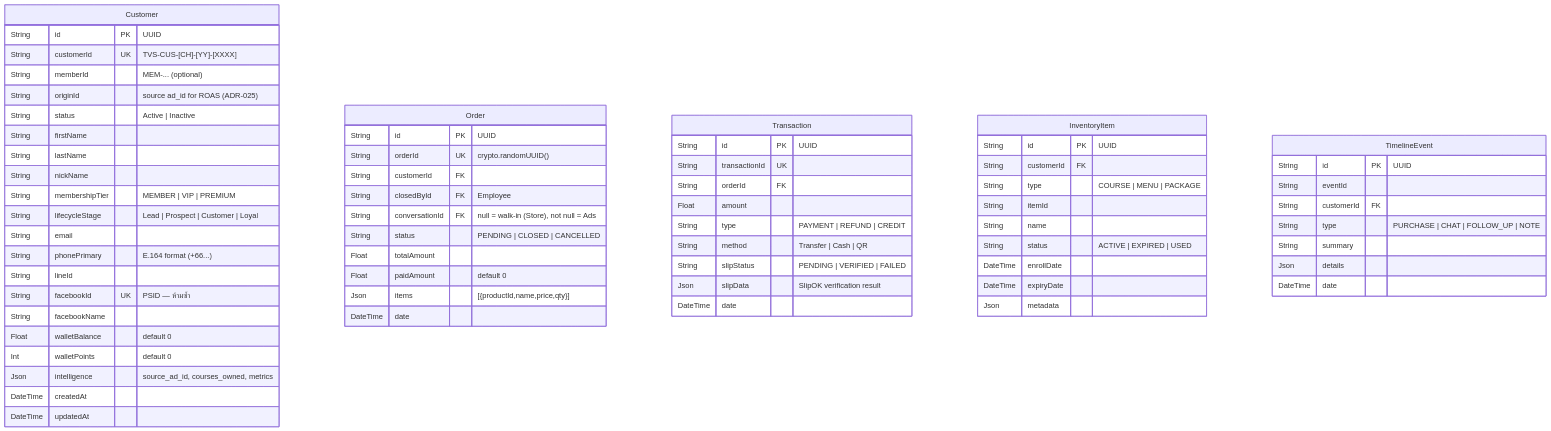
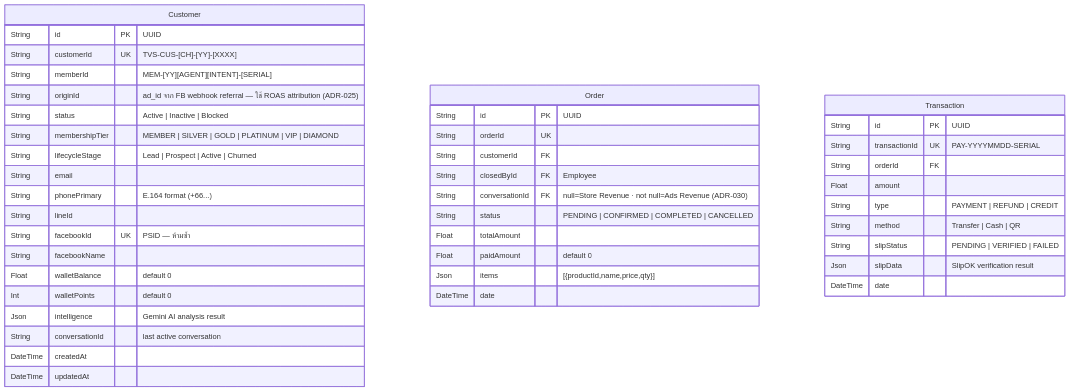
The second of 8 diagrams in docs/database_erd.md (Freshair129/crmapp), drawn with Mermaid before and after one commit. The commit also changed other lines of this file and 13 other files, not shown here.

````diff
--- a/docs/database_erd.md
+++ b/docs/database_erd.md
@@ -89,72 +119,48 @@
 ```mermaid
 erDiagram
     Customer {
-        String  id             PK  "UUID"
-        String  customerId     UK  "TVS-CUS-[CH]-[YY]-[XXXX]"
-        String  memberId           "MEM-... (optional)"
-        String  originId           "source ad_id for ROAS (ADR-025)"
-        String  status             "Active | Inactive"
-        String  firstName
-        String  lastName
-        String  nickName
-        String  membershipTier     "MEMBER | VIP | PREMIUM"
-        String  lifecycleStage     "Lead | Prospect | Customer | Loyal"
-        String  email
-        String  phonePrimary       "E.164 format (+66...)"
-        String  lineId
-        String  facebookId     UK  "PSID — ห้ามซ้ำ"
-        String  facebookName
-        Float   walletBalance      "default 0"
-        Int     walletPoints       "default 0"
-        Json    intelligence       "source_ad_id, courses_owned, metrics"
+        String   id             PK  "UUID"
+        String   customerId     UK  "TVS-CUS-[CH]-[YY]-[XXXX]"
+        String   memberId           "MEM-[YY][AGENT][INTENT]-[SERIAL]"
+        String   originId           "ad_id จาก FB webhook referral — ใช้ ROAS attribution (ADR-025)"
+        String   status             "Active | Inactive | Blocked"
+        String   membershipTier     "MEMBER | SILVER | GOLD | PLATINUM | VIP | DIAMOND"
+        String   lifecycleStage     "Lead | Prospect | Active | Churned"
+        String   email
+        String   phonePrimary       "E.164 format (+66...)"
+        String   lineId
+        String   facebookId     UK  "PSID — ห้ามซ้ำ"
+        String   facebookName
+        Float    walletBalance      "default 0"
+        Int      walletPoints       "default 0"
+        Json     intelligence       "Gemini AI analysis result"
+        String   conversationId     "last active conversation"
         DateTime createdAt
         DateTime updatedAt
     }
 
     Order {
-        String  id             PK  "UUID"
-        String  orderId        UK  "crypto.randomUUID()"
-        String  customerId     FK
-        String  closedById     FK  "Employee"
-        String  conversationId FK  "null = walk-in (Store), not null = Ads"
-        String  status             "PENDING | CLOSED | CANCELLED"
-        Float   totalAmount
-        Float   paidAmount         "default 0"
-        Json    items              "[{productId,name,price,qty}]"
+        String   id             PK  "UUID"
+        String   orderId        UK
+        String   customerId     FK
+        String   closedById     FK  "Employee"
+        String   conversationId FK  "null=Store Revenue · not null=Ads Revenue (ADR-030)"
+        String   status             "PENDING | CONFIRMED | COMPLETED | CANCELLED"
+        Float    totalAmount
+        Float    paidAmount         "default 0"
+        Json     items              "[{productId,name,price,qty}]"
         DateTime date
     }
 
     Transaction {
-        String  id              PK  "UUID"
-        String  transactionId   UK
-        String  orderId         FK
-        Float   amount
-        String  type                "PAYMENT | REFUND | CREDIT"
-        String  method              "Transfer | Cash | QR"
-        String  slipStatus          "PENDING | VERIFIED | FAILED"
-        Json    slipData            "SlipOK verification result"
-        DateTime date
-    }
-
-    InventoryItem {
-        String  id         PK  "UUID"
-        String  customerId FK
-        String  type           "COURSE | MENU | PACKAGE"
-        String  itemId
-        String  name
-        String  status         "ACTIVE | EXPIRED | USED"
-        DateTime enrollDate
-        DateTime expiryDate
-        Json    metadata
-    }
-
-    TimelineEvent {
-        String  id         PK  "UUID"
-        String  eventId
-        String  customerId FK
-        String  type           "PURCHASE | CHAT | FOLLOW_UP | NOTE"
-        String  summary
-        Json    details
+        String   id              PK  "UUID"
+        String   transactionId   UK  "PAY-YYYYMMDD-SERIAL"
+        String   orderId         FK
+        Float    amount
+        String   type                "PAYMENT | REFUND | CREDIT"
+        String   method              "Transfer | Cash | QR"
+        String   slipStatus          "PENDING | VERIFIED | FAILED"
+        Json     slipData            "SlipOK verification result"
         DateTime date
     }
 ```
````
